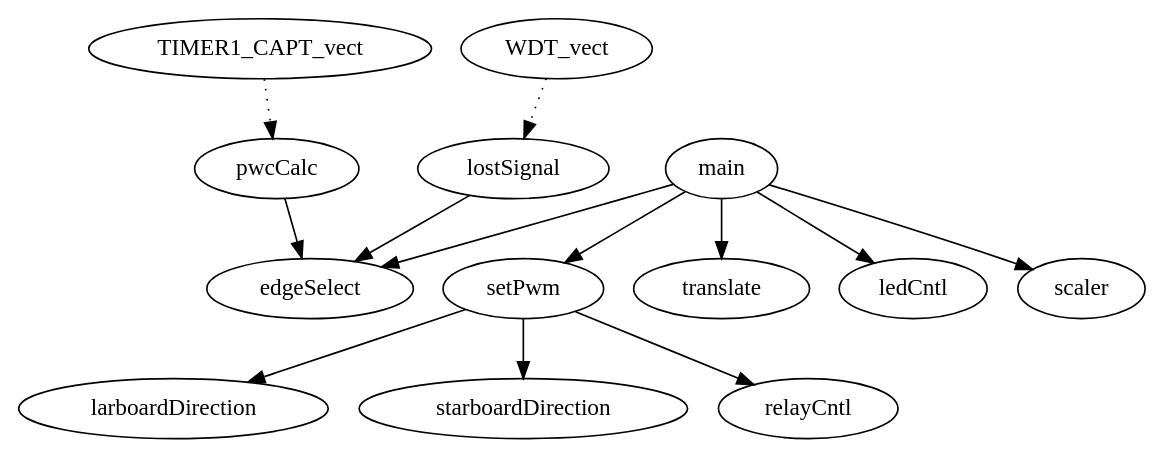
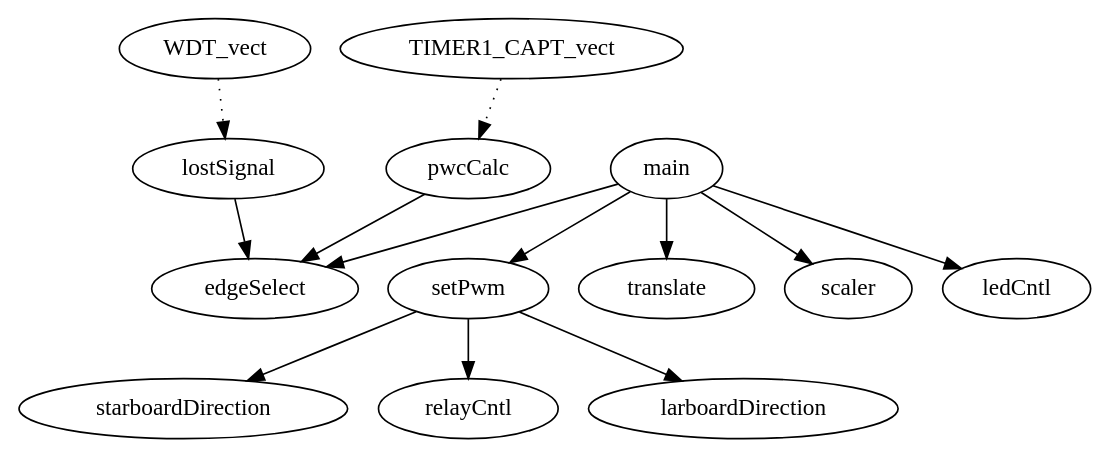
The diagram in Firmware/Propulsion/piruett.dot (bjornburton/champbot), drawn with Graphviz before and after one commit. The commit also changed other lines of this file and 5 other files, not shown here.

```diff
--- a/Firmware/Propulsion/piruett.dot
+++ b/Firmware/Propulsion/piruett.dot
@@ -1,14 +1,14 @@
 digraph callgraph {
-"setPwm" -> "larboardDirection" [style=solid];
+"pwcCalc" -> "edgeSelect" [style=solid];
 "setPwm" -> "starboardDirection" [style=solid];
 "setPwm" -> "relayCntl" [style=solid];
-"pwcCalc" -> "edgeSelect" [style=solid];
+"setPwm" -> "larboardDirection" [style=solid];
+"WDT_vect" -> "lostSignal" [style=dotted];
 "TIMER1_CAPT_vect" -> "pwcCalc" [style=dotted];
-"lostSignal" -> "edgeSelect" [style=solid];
 "main" -> "translate" [style=solid];
 "main" -> "edgeSelect" [style=solid];
 "main" -> "setPwm" [style=solid];
+"main" -> "scaler" [style=solid];
 "main" -> "ledCntl" [style=solid];
-"main" -> "scaler" [style=solid];
-"WDT_vect" -> "lostSignal" [style=dotted];
+"lostSignal" -> "edgeSelect" [style=solid];
 }
```
